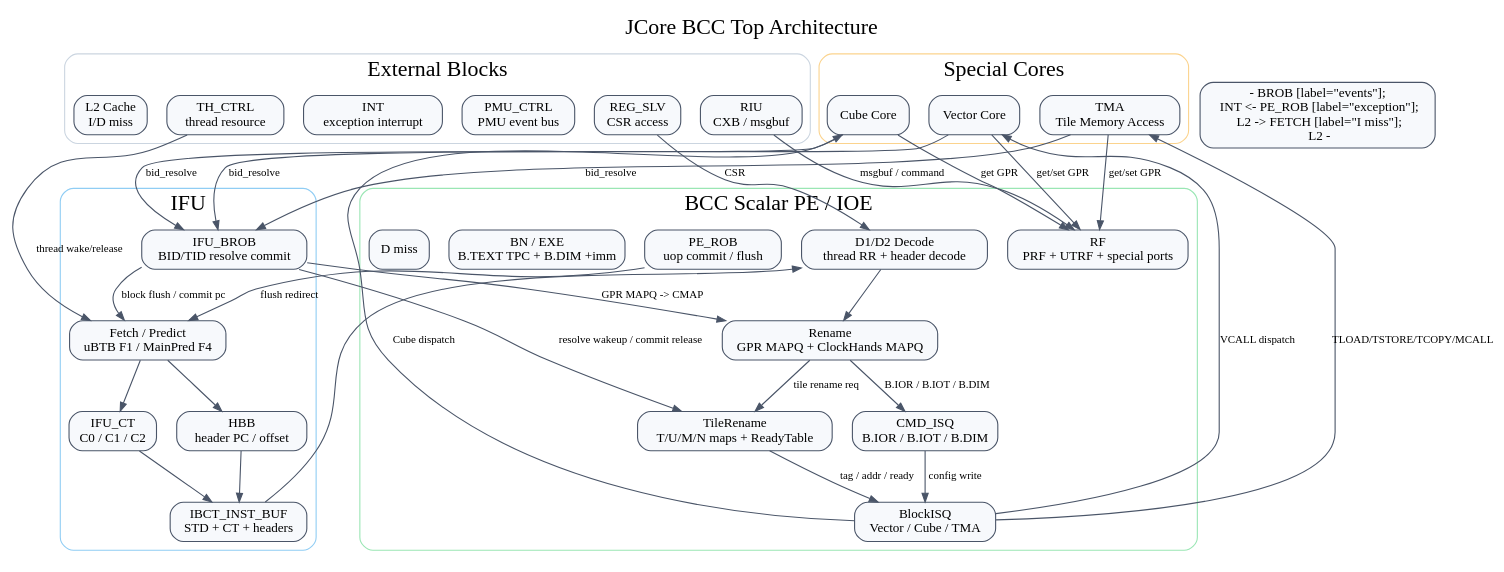
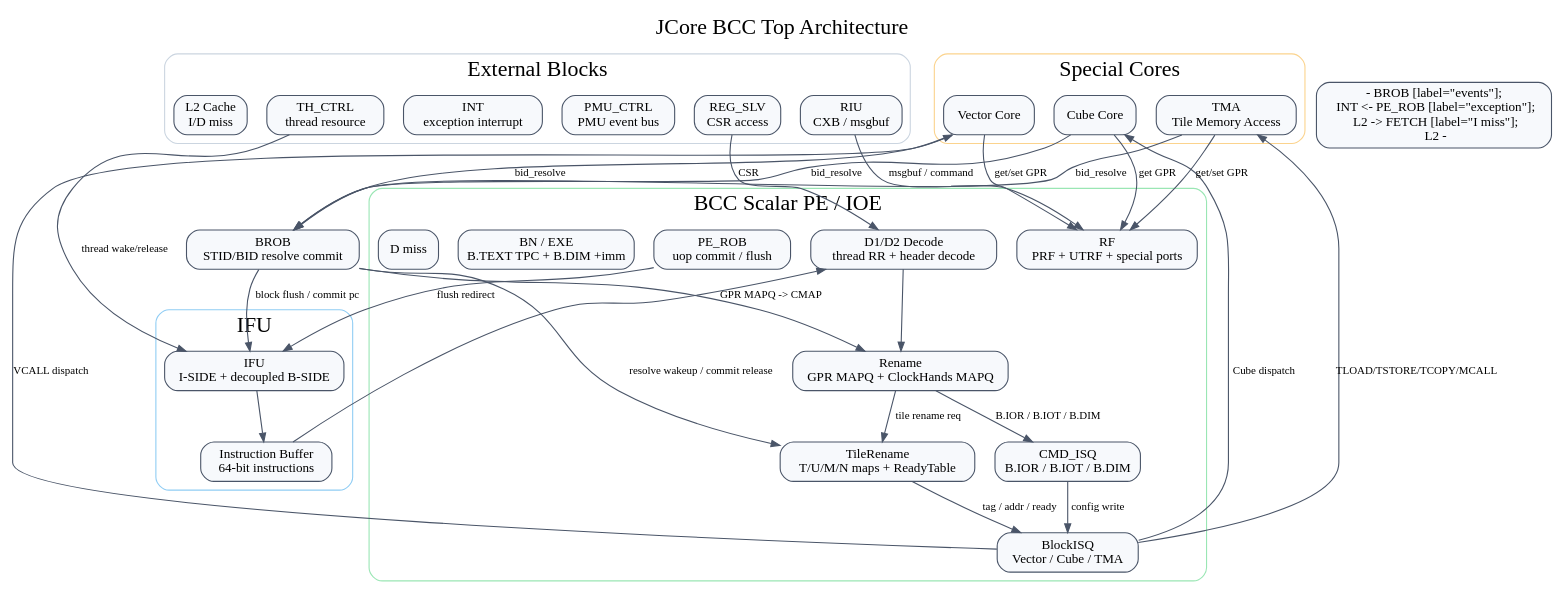
The diagram in docs/architecture/Janus/BCC/diagrams/bcc_top.dot (LinxISA/LinxCore), drawn with Graphviz before and after one commit. The commit also changed 73 other files, not shown here.

```diff
--- a/docs/architecture/Janus/BCC/diagrams/bcc_top.dot
+++ b/docs/architecture/Janus/BCC/diagrams/bcc_top.dot
@@ -1,104 +1,100 @@
 digraph BCC_TOP {
   graph [
     rankdir=TB,
     label="JCore BCC Top Architecture",
     labelloc=t,
     fontsize=20,
     fontname="Microsoft YaHei"
   ];
 
   node [
     shape=box,
     style="rounded,filled",
     fillcolor="#F7F9FC",
     color="#4A5568",
     fontname="Microsoft YaHei",
     fontsize=12
   ];
 
   edge [
     color="#4A5568",
     arrowsize=0.8,
     fontname="Microsoft YaHei",
     fontsize=10
   ];
 
   subgraph cluster_ext {
     label="External Blocks";
     color="#CBD5E0";
     style="rounded";
     RIU [label="RIU\nCXB / msgbuf"];
     TH_CTRL [label="TH_CTRL\nthread resource"];
     PMU_CTRL [label="PMU_CTRL\nPMU event bus"];
     INT [label="INT\nexception interrupt"];
     REG_SLV [label="REG_SLV\nCSR access"];
     L2 [label="L2 Cache\nI/D miss"];
   }
 
   subgraph cluster_ifu {
     label="IFU";
     color="#90CDF4";
     style="rounded";
-    FETCH [label="Fetch / Predict\nuBTB F1 / MainPred F4"];
-    HBB [label="HBB\nheader PC / offset"];
-    CT [label="IFU_CT\nC0 / C1 / C2"];
-    IB [label="IBCT_INST_BUF\nSTD + CT + headers"];
-    BROB [label="IFU_BROB\nBID/TID resolve commit"];
+    FETCH [label="IFU\nI-SIDE + decoupled B-SIDE"];
+    IB [label="Instruction Buffer\n64-bit instructions"];
   }
+
+  BROB [label="BROB\nSTID/BID resolve commit"];
 
   subgraph cluster_pe {
     label="BCC Scalar PE / IOE";
     color="#9AE6B4";
     style="rounded";
     DECODE [label="D1/D2 Decode\nthread RR + header decode"];
     RENAME [label="Rename\nGPR MAPQ + ClockHands MAPQ"];
     CMD_ISQ [label="CMD_ISQ\nB.IOR / B.IOT / B.DIM"];
     TILERENAME [label="TileRename\nT/U/M/N maps + ReadyTable"];
     BISQ [label="BlockISQ\nVector / Cube / TMA"];
     PE_ROB [label="PE_ROB\nuop commit / flush"];
     RF [label="RF\nPRF + UTRF + special ports"];
     BN_EXE [label="BN / EXE\nB.TEXT TPC + B.DIM +imm"];
     LSU [label="LSU\nTBD integration"];
   }
 
   subgraph cluster_cores {
     label="Special Cores";
     color="#FBD38D";
     style="rounded";
     VEC [label="Vector Core"];
     CUBE [label="Cube Core"];
     TMA [label="TMA\nTile Memory Access"];
   }
 
   REG_SLV -> DECODE [label="CSR"];
   RIU -> RF [label="msgbuf / command"];
   TH_CTRL -> FETCH [label="thread wake/release"];
   PMU_CTRL <- BROB [label="events"];
   INT <- PE_ROB [label="exception"];
   L2 -> FETCH [label="I miss"];
   L2 -> LSU [label="D miss"];
 
-  FETCH -> HBB;
-  FETCH -> CT;
-  HBB -> IB;
-  CT -> IB;
+  FETCH -> IB;
   IB -> DECODE;
   DECODE -> RENAME;
   RENAME -> CMD_ISQ [label="B.IOR / B.IOT / B.DIM"];
   RENAME -> TILERENAME [label="tile rename req"];
   CMD_ISQ -> BISQ [label="config write"];
   TILERENAME -> BISQ [label="tag / addr / ready"];
   BISQ -> VEC [label="VCALL dispatch"];
   BISQ -> CUBE [label="Cube dispatch"];
   BISQ -> TMA [label="TLOAD/TSTORE/TCOPY/MCALL"];
   VEC -> BROB [label="bid_resolve"];
   CUBE -> BROB [label="bid_resolve"];
   TMA -> BROB [label="bid_resolve"];
   BROB -> TILERENAME [label="resolve wakeup / commit release"];
   BROB -> RENAME [label="GPR MAPQ -> CMAP"];
   PE_ROB -> FETCH [label="flush redirect"];
   BROB -> FETCH [label="block flush / commit pc"];
   VEC -> RF [label="get/set GPR"];
   CUBE -> RF [label="get GPR"];
   TMA -> RF [label="get/set GPR"];
 }
```
